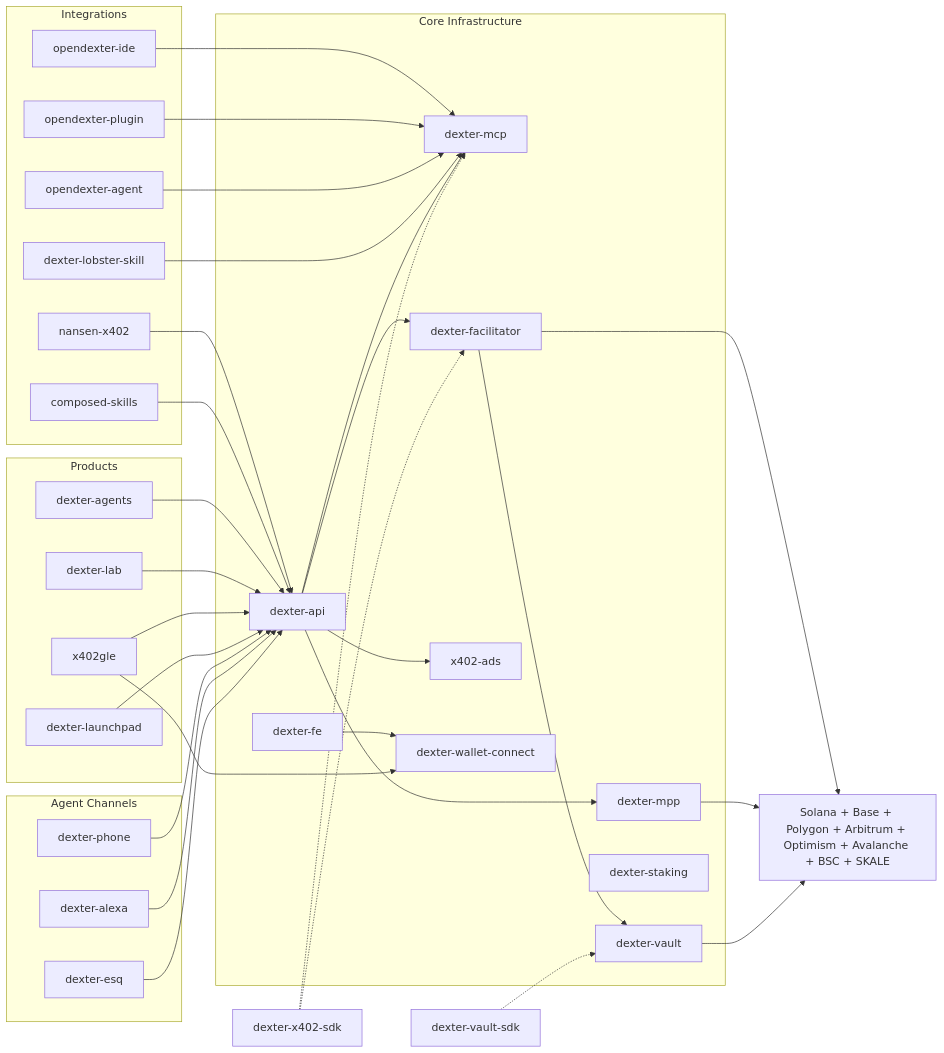
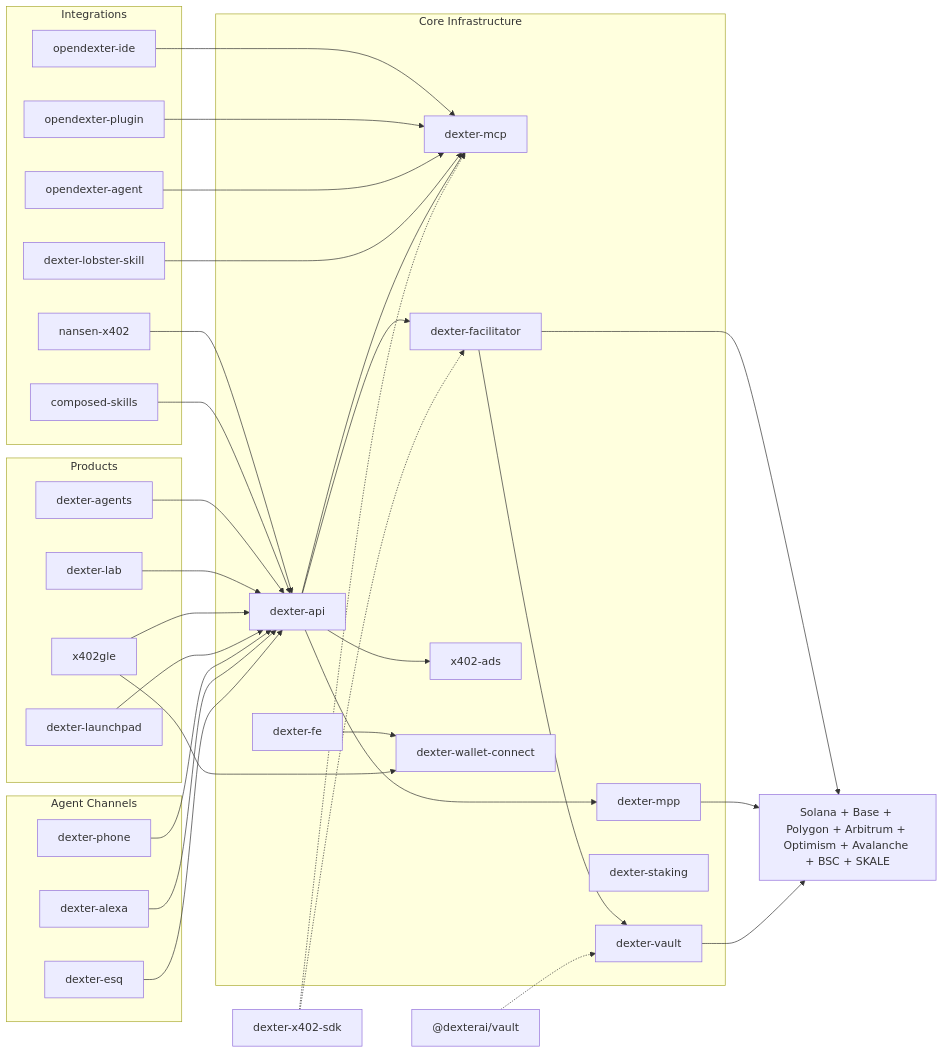
Before and after one commit to Dexter-DAO/.github: the diagram in profile/README.md, drawn with Mermaid. The commit also changed other lines of this file, not shown here.

Commit message:
docs: clarify public Vault package boundary

````diff
--- a/profile/README.md
+++ b/profile/README.md
@@ -23,70 +23,70 @@
 ```mermaid
 flowchart LR
     subgraph integrations["Integrations"]
         ide["opendexter-ide"]
         odp["opendexter-plugin"]
         oda["opendexter-agent"]
         lobster["dexter-lobster-skill"]
         nansen["nansen-x402"]
         composed["composed-skills"]
     end
 
     subgraph products["Products"]
         agents["dexter-agents"]
         lab["dexter-lab"]
         explorer["x402gle"]
         launchpad["dexter-launchpad"]
     end
 
     subgraph core["Core Infrastructure"]
         api["dexter-api"]
         fe["dexter-fe"]
         mcp["dexter-mcp"]
         facilitator["dexter-facilitator"]
         mpp["dexter-mpp"]
         vault["dexter-vault"]
         ads["x402-ads"]
         wc["dexter-wallet-connect"]
         staking["dexter-staking"]
     end
 
     subgraph channels["Agent Channels"]
         phone["dexter-phone"]
         alexa["dexter-alexa"]
         esq["dexter-esq"]
     end
 
     chains["Solana + Base + Polygon + Arbitrum + Optimism + Avalanche + BSC + SKALE"]
 
     ide --> mcp
     odp --> mcp
     oda --> mcp
     lobster --> mcp
     nansen --> api
     composed --> api
 
     agents --> api
     lab --> api
     explorer --> api
     launchpad --> api
 
     phone --> api
     alexa --> api
     esq --> api
 
     api --> mcp
     api --> facilitator
     api --> mpp
     api --> ads
     fe --> wc
     explorer --> wc
 
     facilitator --> chains
     mpp --> chains
     facilitator --> vault
     vault --> chains
 
     sdk["dexter-x402-sdk"] -.-> facilitator
     sdk -.-> mcp
-    vaultsdk["dexter-vault-sdk"] -.-> vault
+    vaultsdk["@dexterai/vault"] -.-> vault
 ```
````
